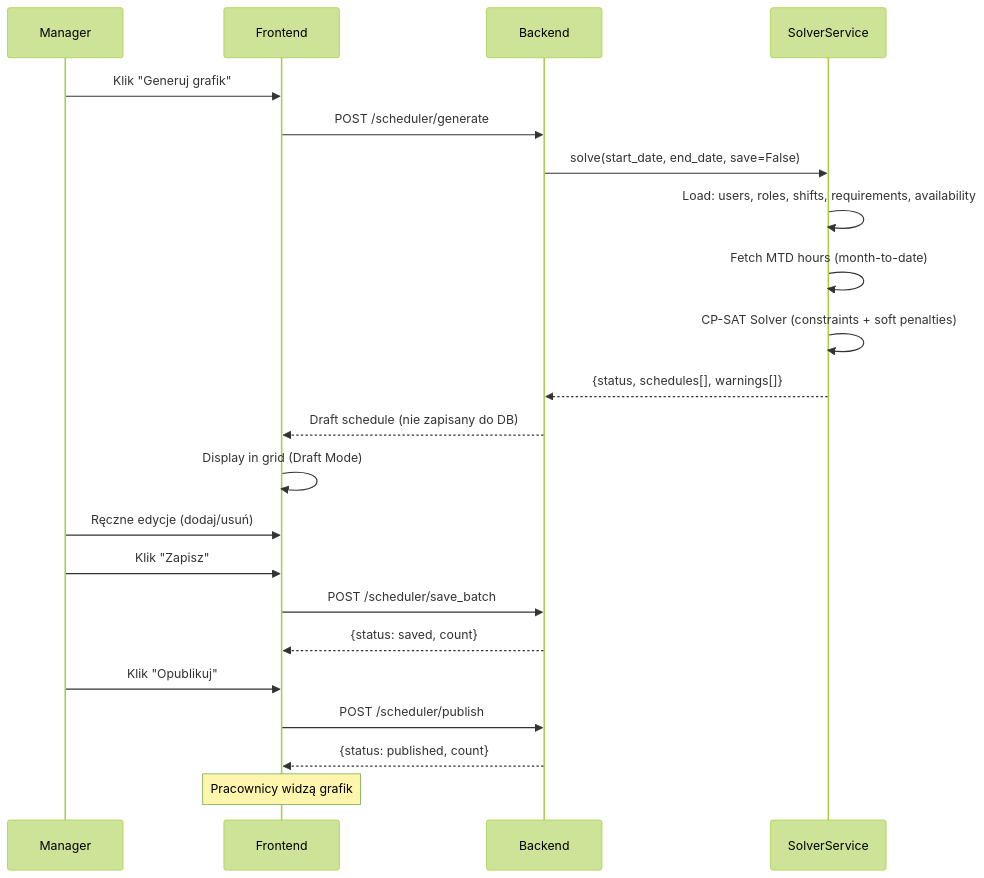
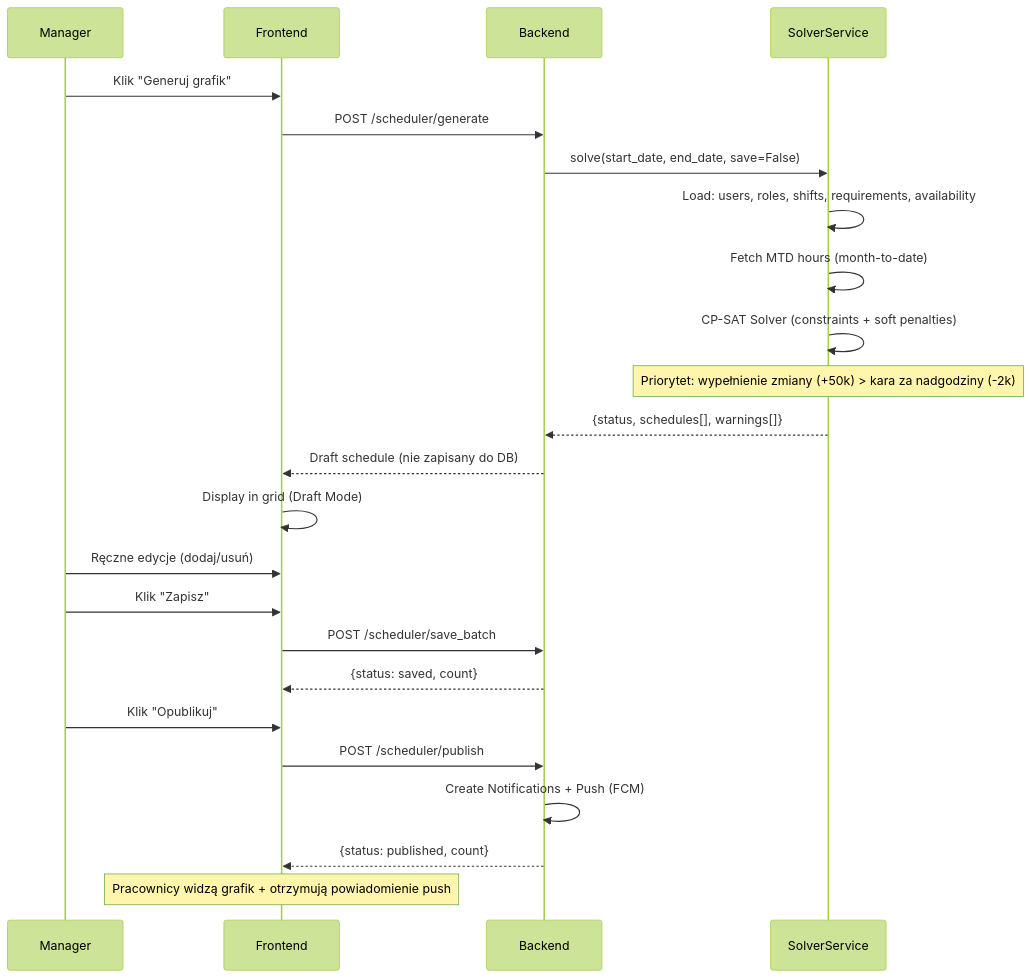
Before and after one commit to mwieclawek/PlannerV2: the third of 5 diagrams in ARCHITECTURE.md, drawn with Mermaid (forest theme). The commit also changed other lines of this file and 2 other files, not shown here.

Commit message:
docs: comprehensive update of README, ARCHITECTURE, and USER_GUIDE with POS/KDS, push notifications, leave requests, and all new features

````diff
--- a/ARCHITECTURE.md
+++ b/ARCHITECTURE.md
@@ -133,25 +230,27 @@
 ```mermaid
 sequenceDiagram
     participant M as Manager
     participant F as Frontend
     participant B as Backend
     participant S as SolverService
 
     M->>F: Klik "Generuj grafik"
     F->>B: POST /scheduler/generate
     B->>S: solve(start_date, end_date, save=False)
     S->>S: Load: users, roles, shifts, requirements, availability
     S->>S: Fetch MTD hours (month-to-date)
     S->>S: CP-SAT Solver (constraints + soft penalties)
+    Note over S: Priorytet: wypełnienie zmiany (+50k) > kara za nadgodziny (-2k)
     S-->>B: {status, schedules[], warnings[]}
     B-->>F: Draft schedule (nie zapisany do DB)
     F->>F: Display in grid (Draft Mode)
     M->>F: Ręczne edycje (dodaj/usuń)
     M->>F: Klik "Zapisz"
     F->>B: POST /scheduler/save_batch
     B-->>F: {status: saved, count}
     M->>F: Klik "Opublikuj"
     F->>B: POST /scheduler/publish
+    B->>B: Create Notifications + Push (FCM)
     B-->>F: {status: published, count}
-    Note over F: Pracownicy widzą grafik
+    Note over F: Pracownicy widzą grafik + otrzymują powiadomienie push
 ```
````
